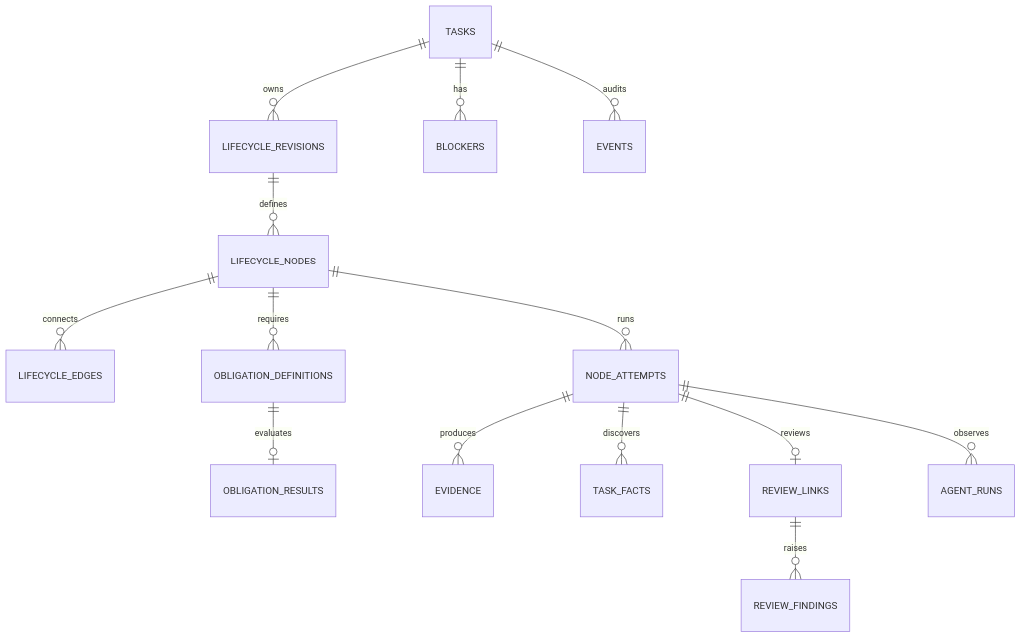
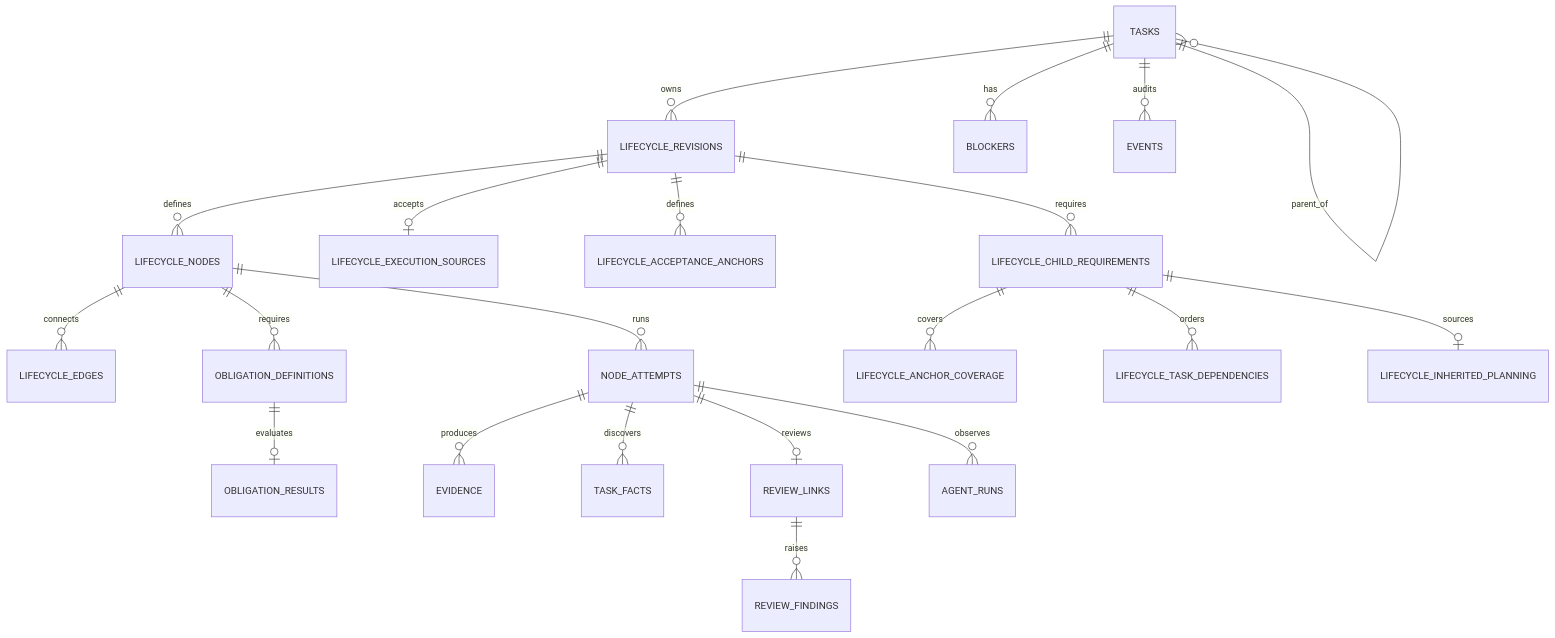
Before and after one commit to ttizzyf/taskcraft: the second of 2 diagrams in development/specs/architecture.md, drawn with Mermaid. The commit also changed other lines of this file and 28 other files, not shown here.

````diff
--- a/development/specs/architecture.md
+++ b/development/specs/architecture.md
@@ -78,16 +83,23 @@
 ```mermaid
 erDiagram
     TASKS ||--o{ LIFECYCLE_REVISIONS : owns
     LIFECYCLE_REVISIONS ||--o{ LIFECYCLE_NODES : defines
     LIFECYCLE_NODES ||--o{ LIFECYCLE_EDGES : connects
     LIFECYCLE_NODES ||--o{ OBLIGATION_DEFINITIONS : requires
     LIFECYCLE_NODES ||--o{ NODE_ATTEMPTS : runs
     NODE_ATTEMPTS ||--o{ EVIDENCE : produces
     NODE_ATTEMPTS ||--o{ TASK_FACTS : discovers
     NODE_ATTEMPTS ||--o| REVIEW_LINKS : reviews
     REVIEW_LINKS ||--o{ REVIEW_FINDINGS : raises
     OBLIGATION_DEFINITIONS ||--o| OBLIGATION_RESULTS : evaluates
     TASKS ||--o{ BLOCKERS : has
     NODE_ATTEMPTS ||--o{ AGENT_RUNS : observes
     TASKS ||--o{ EVENTS : audits
+    TASKS ||--o{ TASKS : parent_of
+    LIFECYCLE_REVISIONS ||--o| LIFECYCLE_EXECUTION_SOURCES : accepts
+    LIFECYCLE_REVISIONS ||--o{ LIFECYCLE_ACCEPTANCE_ANCHORS : defines
+    LIFECYCLE_REVISIONS ||--o{ LIFECYCLE_CHILD_REQUIREMENTS : requires
+    LIFECYCLE_CHILD_REQUIREMENTS ||--o{ LIFECYCLE_ANCHOR_COVERAGE : covers
+    LIFECYCLE_CHILD_REQUIREMENTS ||--o{ LIFECYCLE_TASK_DEPENDENCIES : orders
+    LIFECYCLE_CHILD_REQUIREMENTS ||--o| LIFECYCLE_INHERITED_PLANNING : sources
 ```
````
